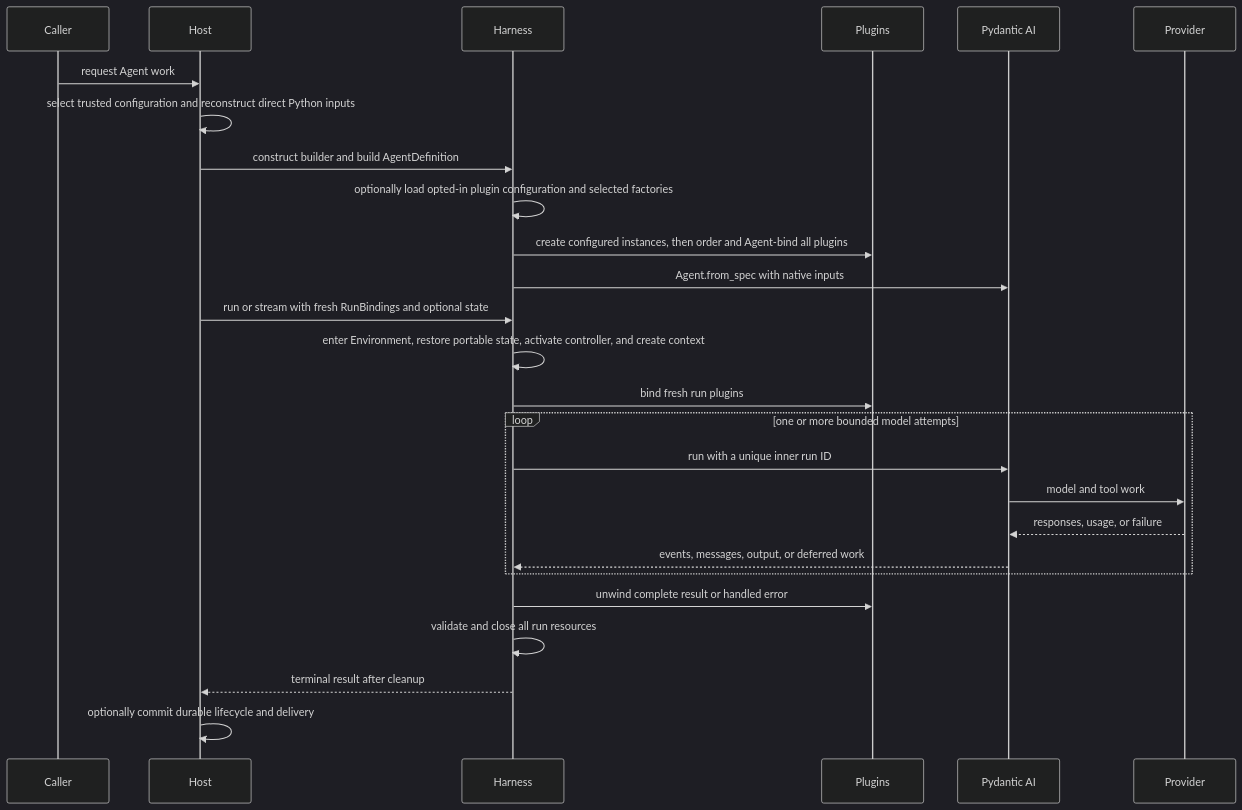
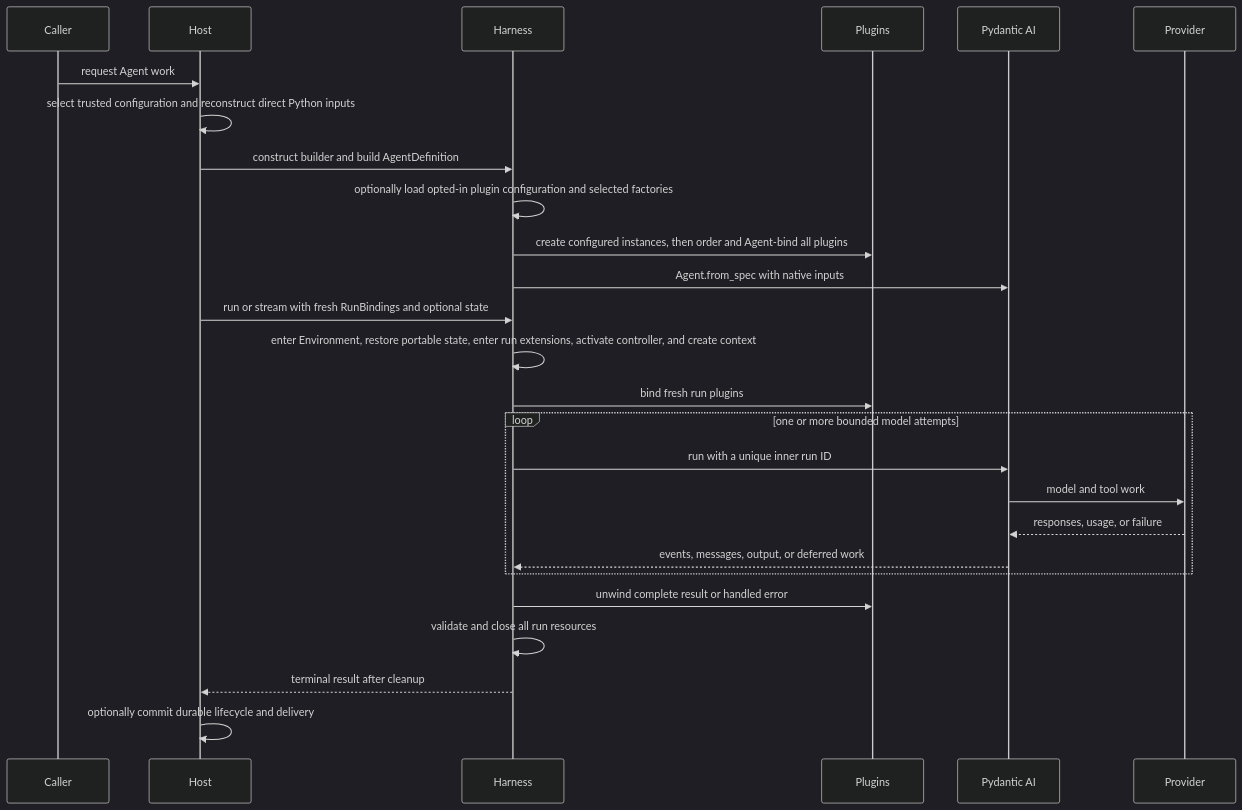
The second of 2 diagrams in spec/agent-harness/00-overview.md (LTThreeComma/agent-foundation), drawn with Mermaid (dark theme) before and after one commit. The commit also changed other lines of this file and 39 other files, not shown here.

First line of the commit message:
feat(harness): add aggregate environment run extensions

````diff
--- a/spec/agent-harness/00-overview.md
+++ b/spec/agent-harness/00-overview.md
@@ -89,29 +93,29 @@
 ```mermaid
 sequenceDiagram
     participant Caller
     participant Host
     participant Harness
     participant Plugins
     participant PAI as Pydantic AI
     participant Provider
 
     Caller->>Host: request Agent work
     Host->>Host: select trusted configuration and reconstruct direct Python inputs
     Host->>Harness: construct builder and build AgentDefinition
     Harness->>Harness: optionally load opted-in plugin configuration and selected factories
     Harness->>Plugins: create configured instances, then order and Agent-bind all plugins
     Harness->>PAI: Agent.from_spec with native inputs
     Host->>Harness: run or stream with fresh RunBindings and optional state
-    Harness->>Harness: enter Environment, restore portable state, activate controller, and create context
+    Harness->>Harness: enter Environment, restore portable state, enter run extensions, activate controller, and create context
     Harness->>Plugins: bind fresh run plugins
     loop one or more bounded model attempts
         Harness->>PAI: run with a unique inner run ID
         PAI->>Provider: model and tool work
         Provider-->>PAI: responses, usage, or failure
         PAI-->>Harness: events, messages, output, or deferred work
     end
     Harness->>Plugins: unwind complete result or handled error
     Harness->>Harness: validate and close all run resources
     Harness-->>Host: terminal result after cleanup
     Host->>Host: optionally commit durable lifecycle and delivery
 ```
````
